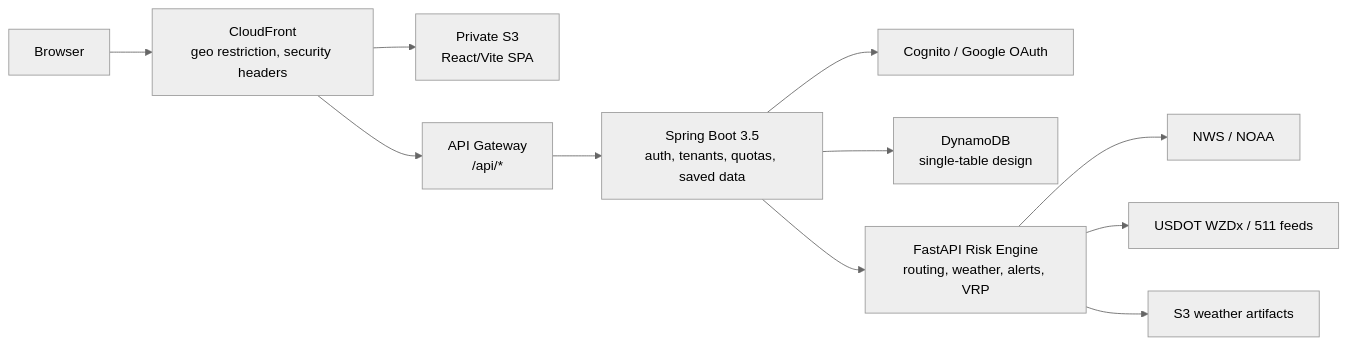
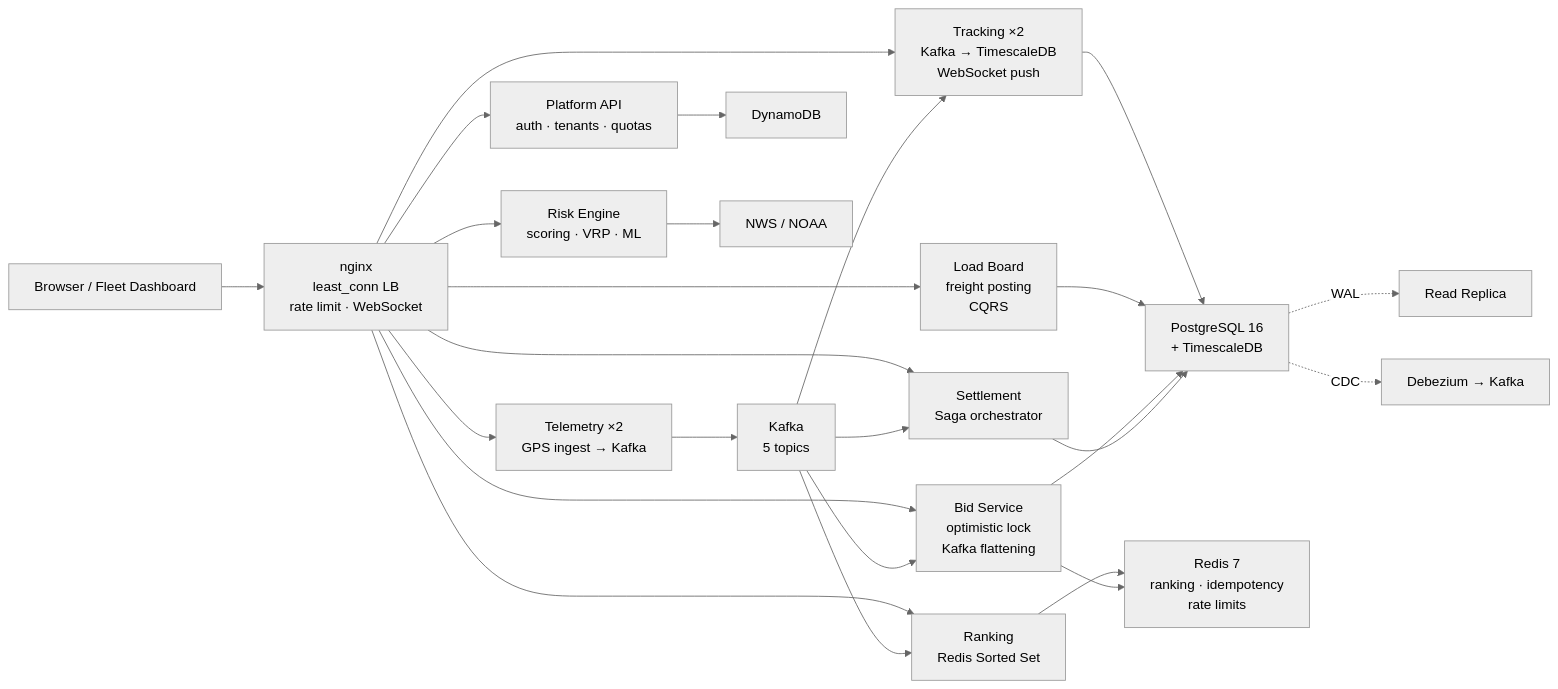
Before and after one commit to signalgap9-del/peachtree-dispatch: the first of 3 diagrams in README.md, drawn with Mermaid (neutral theme). The commit also changed other lines of this file and 116 other files, not shown here.

First line of the commit message:
feat: freight platform MSA expansion (Phase 2-4)

````diff
--- a/README.md
+++ b/README.md
@@ -34,13 +56,32 @@
 ```mermaid
 flowchart LR
-  User["Browser"] --> CF["CloudFront<br/>geo restriction, security headers"]
-  CF --> S3["Private S3<br/>React/Vite SPA"]
-  CF --> APIGW["API Gateway<br/>/api/*"]
-  APIGW --> Spring["Spring Boot 3.5<br/>auth, tenants, quotas, saved data"]
-  Spring --> Cognito["Cognito / Google OAuth"]
-  Spring --> DDB["DynamoDB<br/>single-table design"]
-  Spring --> Risk["FastAPI Risk Engine<br/>routing, weather, alerts, VRP"]
+  User["Browser / Fleet Dashboard"] --> NGX["nginx<br/>least_conn LB<br/>rate limit · WebSocket"]
+  
+  NGX --> TLM["Telemetry ×2<br/>GPS ingest → Kafka"]
+  NGX --> TRK["Tracking ×2<br/>Kafka → TimescaleDB<br/>WebSocket push"]
+  NGX --> LB["Load Board<br/>freight posting<br/>CQRS"]
+  NGX --> BID["Bid Service<br/>optimistic lock<br/>Kafka flattening"]
+  NGX --> RNK["Ranking<br/>Redis Sorted Set"]
+  NGX --> STL["Settlement<br/>Saga orchestrator"]
+  NGX --> Spring["Platform API<br/>auth · tenants · quotas"]
+  NGX --> Risk["Risk Engine<br/>scoring · VRP · ML"]
+  
+  TLM --> Kafka["Kafka<br/>5 topics"]
+  Kafka --> TRK
+  Kafka --> BID
+  Kafka --> RNK
+  Kafka --> STL
+  
+  TRK --> PG["PostgreSQL 16<br/>+ TimescaleDB"]
+  LB --> PG
+  BID --> PG
+  STL --> PG
+  Spring --> DDB["DynamoDB"]
   Risk --> NWS["NWS / NOAA"]
-  Risk --> WZDX["USDOT WZDx / 511 feeds"]
-  Risk --> S3Data["S3 weather artifacts"]
+  
+  RNK --> Redis["Redis 7<br/>ranking · idempotency<br/>rate limits"]
+  BID --> Redis
+  
+  PG -. "WAL" .-> PGR["Read Replica"]
+  PG -. "CDC" .-> Deb["Debezium → Kafka"]
 ```
````
